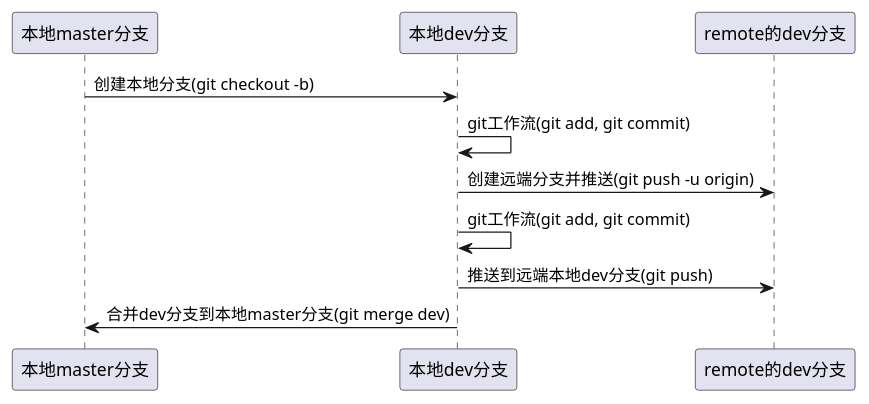
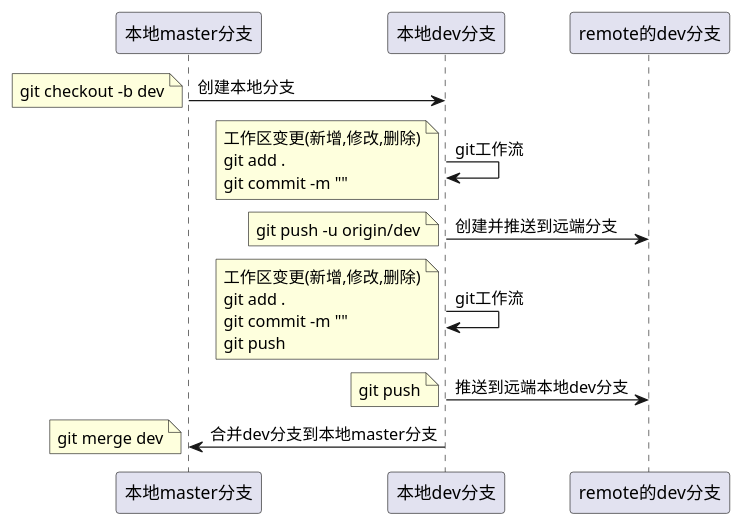
The third of 3 diagrams in git.org (linc5403/preparatory-course), drawn with PlantUML before and after one commit. The commit also changed 2 other files, not shown here.

```diff
--- a/git.org
+++ b/git.org
@@ -261,10 +261,33 @@
     #+begin_src plantuml :file ./img/branch.svg
       @startuml
-      本地master分支 -> 本地dev分支: 创建本地分支(git checkout -b)
-      本地dev分支 -> 本地dev分支: git工作流(git add, git commit)
-      本地dev分支 -> remote的dev分支: 创建远端分支并推送(git push -u origin)
-      本地dev分支 -> 本地dev分支: git工作流(git add, git commit)
-      本地dev分支 -> remote的dev分支: 推送到远端本地dev分支(git push)
-      本地master分支 <- 本地dev分支: 合并dev分支到本地master分支(git merge dev)
+      本地master分支 -> 本地dev分支: 创建本地分支
+      note left
+      git checkout -b dev
+      end note
+      本地dev分支 -> 本地dev分支: git工作流
+      note left
+      工作区变更(新增,修改,删除)
+      git add .
+      git commit -m ""
+      end note
+      本地dev分支 -> remote的dev分支: 创建并推送到远端分支
+      note left
+      git push -u origin/dev
+      end note
+      本地dev分支 -> 本地dev分支: git工作流
+      note left
+      工作区变更(新增,修改,删除)
+      git add .
+      git commit -m ""
+      git push
+      end note
+      本地dev分支 -> remote的dev分支: 推送到远端本地dev分支
+      note left
+      git push
+      end note
+      本地master分支 <- 本地dev分支: 合并dev分支到本地master分支
+      note left
+      git merge dev
+      end note
       @enduml
     #+end_src
```
